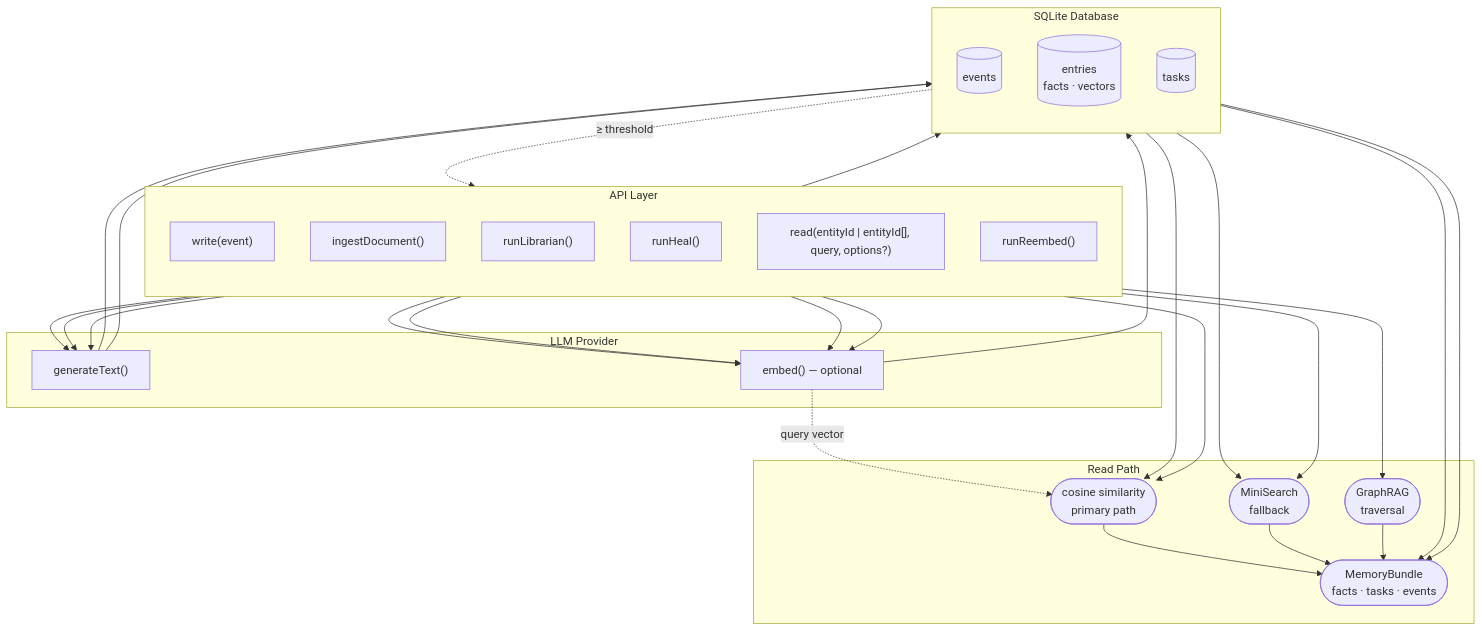
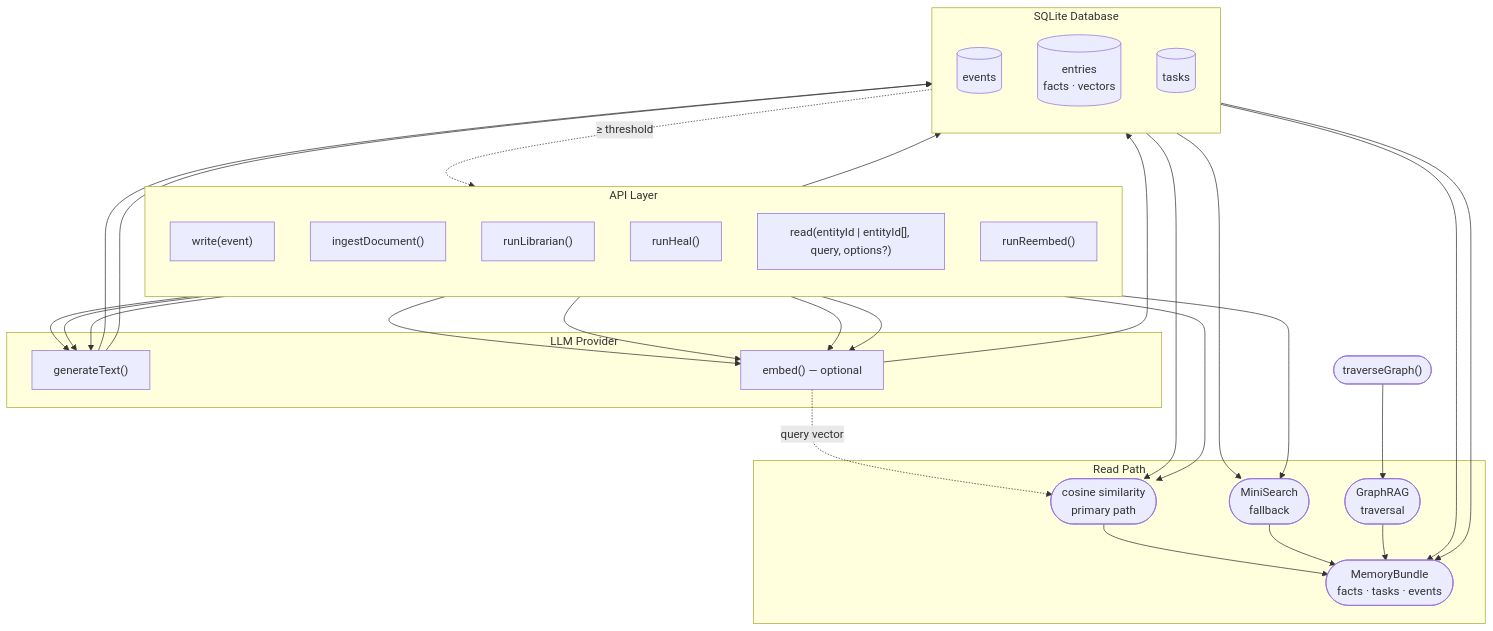
One commit to equationalapplications/expo-llm-wiki changed the first of 3 diagrams in README.md. Above: the diagram before and after it, drawn with Mermaid. The commit also changed other lines of this file and 8 other files, not shown here.

````diff
--- a/README.md
+++ b/README.md
@@ -74,62 +74,63 @@
 ```mermaid
 flowchart TB
     subgraph API["API Layer"]
         direction TB
         write["write(event)"]
         ingest["ingestDocument()"]
         librarian["runLibrarian()"]
         heal["runHeal()"]
         read["read(entityId | entityId[], query, options?)"]
         reembed["runReembed()"]
     end
 
     subgraph LLMLayer["LLM Provider"]
         LLM["generateText()"]
         EmbedFn["embed() — optional"]
     end
 
     subgraph DB["SQLite Database"]
         direction TB
         events[(events)]
         entries[("entries\nfacts · vectors")]
         tasks[(tasks)]
     end
 
     subgraph ReadPath["Read Path"]
         CosineSim(["cosine similarity\nprimary path"])
         MSFallback(["MiniSearch\nfallback"])
         GraphTraversal(["GraphRAG\ntraversal"])
         Bundle(["MemoryBundle\nfacts · tasks · events"])
     end
 
     %% Write paths
     write --> events
     events -. "≥ threshold" .-> librarian
 
     %% LLM text generation → DB writes
     librarian --> LLM
     heal --> LLM
     ingest --> LLM
     LLM --> entries
     LLM --> tasks
 
     %% Embedding on mutation
     librarian --> EmbedFn
     heal --> EmbedFn
     ingest --> EmbedFn
     reembed --> EmbedFn
     EmbedFn --> entries
 
     %% Read path
     read --> CosineSim
     read --> MSFallback
     EmbedFn -. "query vector" .-> CosineSim
     entries --> CosineSim
     entries --> MSFallback
     CosineSim --> Bundle
     MSFallback --> Bundle
-    read --> GraphTraversal
-    GraphTraversal --> Bundle
     tasks --> Bundle
     events --> Bundle
+    %% Graph traversal is a separate API (traverseGraph) — not a side-effect of read()
+    traverseGraphAPI(["traverseGraph()"]) --> GraphTraversal
+    GraphTraversal --> Bundle
 ```
````
